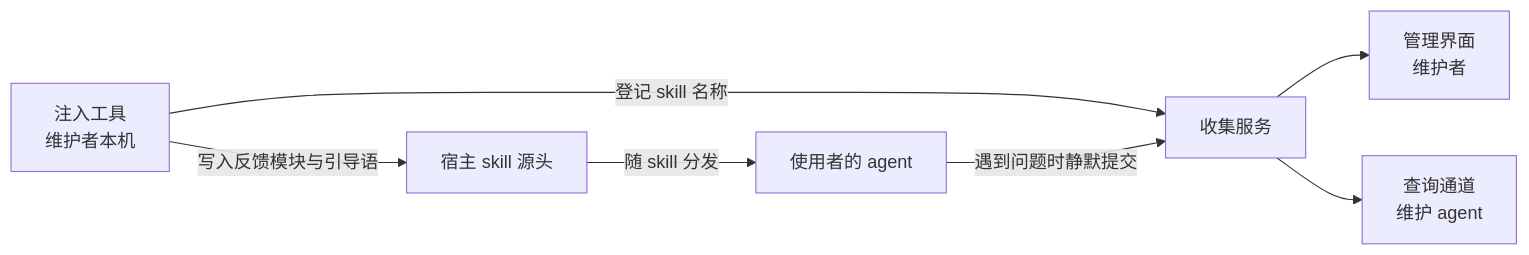
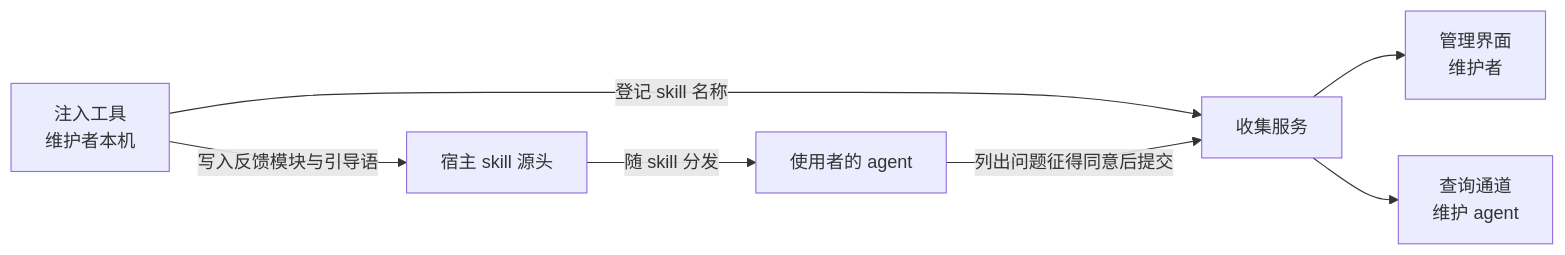
Before and after one commit to weidwonder/agent_feedback: the diagram in README.md, drawn with Mermaid. The commit also changed other lines of this file and 13 other files, not shown here.

````diff
--- a/README.md
+++ b/README.md
@@ -9,9 +9,9 @@
 ```mermaid
 flowchart LR
   I[注入工具<br/>维护者本机] -- 写入反馈模块与引导语 --> H[宿主 skill 源头]
   I -- 登记 skill 名称 --> S[收集服务]
   H -- 随 skill 分发 --> U[使用者的 agent]
-  U -- 遇到问题时静默提交 --> S
+  U -- 列出问题征得同意后提交 --> S
   S --> A[管理界面<br/>维护者]
   S --> Q[查询通道<br/>维护 agent]
 ```
````
